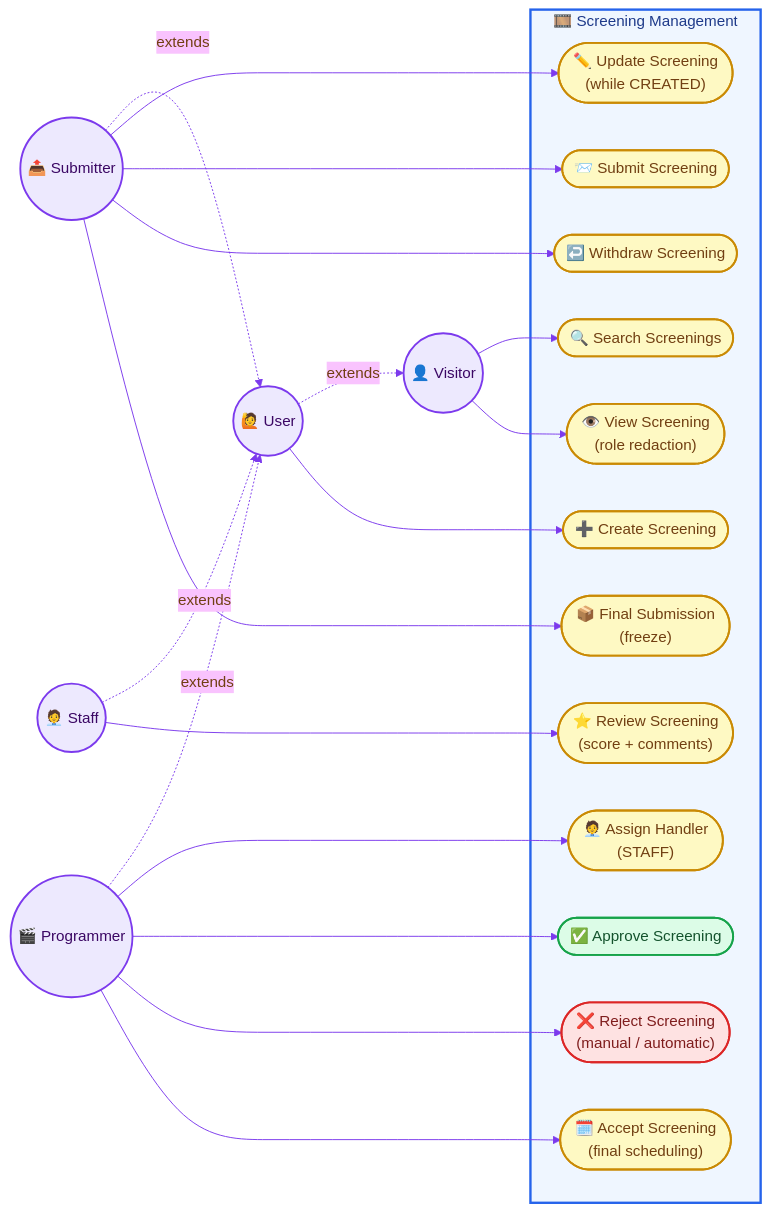
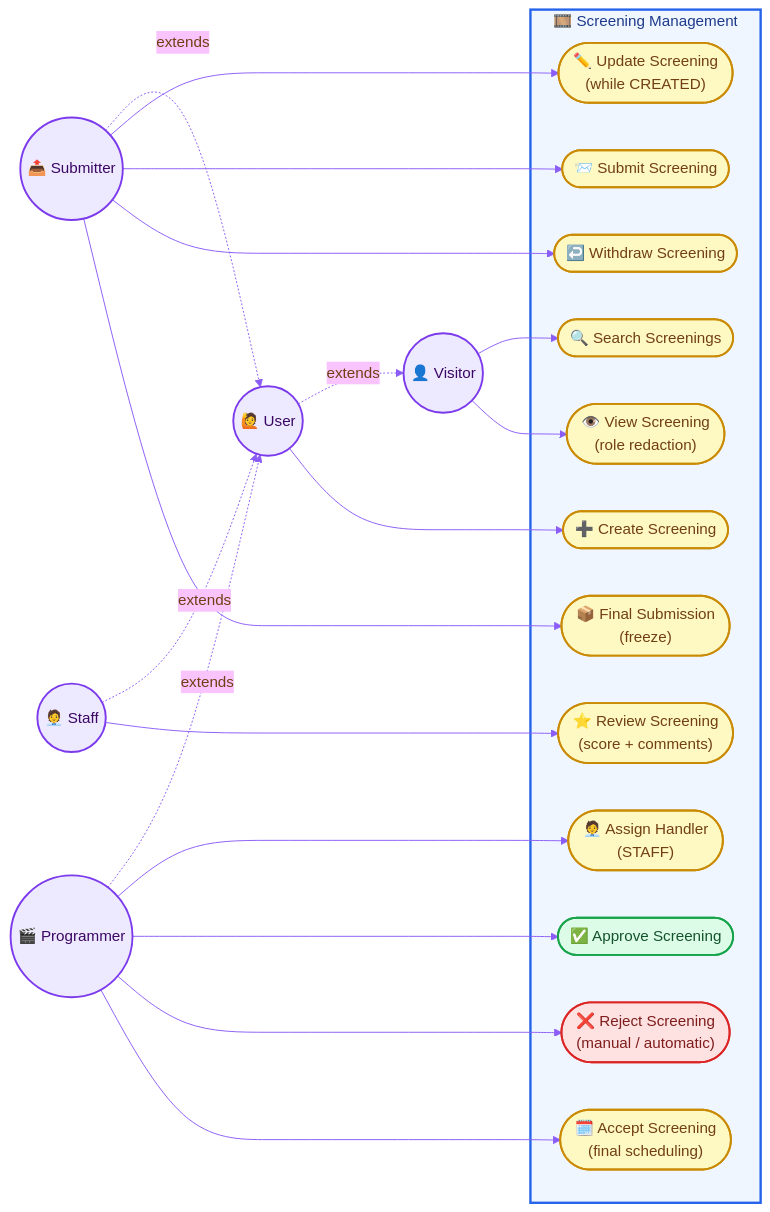
One commit to Volanakis/SoftwareEngineering101 changed the diagram in diagrams/03-usecase-screening-management.md. Above: the diagram before and after it, drawn with Mermaid. The commit also changed 15 other files, not shown here.

Commit message:
Update diagram themes to include background color and enhance visual consistency

````diff
--- a/diagrams/03-usecase-screening-management.md
+++ b/diagrams/03-usecase-screening-management.md
@@ -5,53 +5,53 @@
 ```mermaid
-%%{init: {'theme':'base', 'themeVariables': {'fontFamily':'Segoe UI, sans-serif', 'primaryColor':'#fef9c3', 'primaryBorderColor':'#ca8a04', 'primaryTextColor':'#713f12', 'lineColor':'#7c3aed'}}}%%
+%%{init: {'theme':'base', 'themeVariables': {'fontFamily':'Segoe UI, sans-serif', 'background':'#ffffff', 'primaryColor':'#fef9c3', 'primaryBorderColor':'#ca8a04', 'primaryTextColor':'#713f12', 'lineColor':'#8b5cf6'}}}%%
 flowchart LR
     Visitor(("👤 Visitor"))
     User(("🙋 User"))
     Submitter(("📤 Submitter"))
     Staff(("🧑‍💼 Staff"))
     Programmer(("🎬 Programmer"))
 
     User -.->|extends| Visitor
     Submitter -.->|extends| User
     Staff -.->|extends| User
     Programmer -.->|extends| User
 
     subgraph SM["🎞️ Screening Management"]
         UC1(["🔍 Search Screenings"])
         UC2(["👁️ View Screening<br/>(role redaction)"])
         UC3(["➕ Create Screening"])
         UC4(["✏️ Update Screening<br/>(while CREATED)"])
         UC5(["📨 Submit Screening"])
         UC6(["↩️ Withdraw Screening"])
         UC7(["📦 Final Submission<br/>(freeze)"])
         UC8(["⭐ Review Screening<br/>(score + comments)"])
         UC9(["🧑‍💼 Assign Handler<br/>(STAFF)"])
         UC10(["✅ Approve Screening"])
         UC11(["❌ Reject Screening<br/>(manual / automatic)"])
         UC12(["🗓️ Accept Screening<br/>(final scheduling)"])
     end
 
     Visitor --> UC1
     Visitor --> UC2
     User --> UC3
     Submitter --> UC4
     Submitter --> UC5
     Submitter --> UC6
     Submitter --> UC7
     Staff --> UC8
     Programmer --> UC9
     Programmer --> UC10
     Programmer --> UC11
     Programmer --> UC12
 
     classDef actor fill:#ede9fe,stroke:#7c3aed,stroke-width:2px,color:#3b0764
     classDef usecase fill:#fef9c3,stroke:#ca8a04,stroke-width:2px,color:#713f12
     classDef approve fill:#dcfce7,stroke:#16a34a,stroke-width:2px,color:#14532d
     classDef reject fill:#fee2e2,stroke:#dc2626,stroke-width:2px,color:#7f1d1d
     style SM fill:#eff6ff,stroke:#2563eb,stroke-width:2.5px,color:#1e3a8a
 
     class Visitor,User,Submitter,Staff,Programmer actor
     class UC1,UC2,UC3,UC4,UC5,UC6,UC7,UC8,UC9,UC12 usecase
     class UC10 approve
     class UC11 reject
 ```
````
